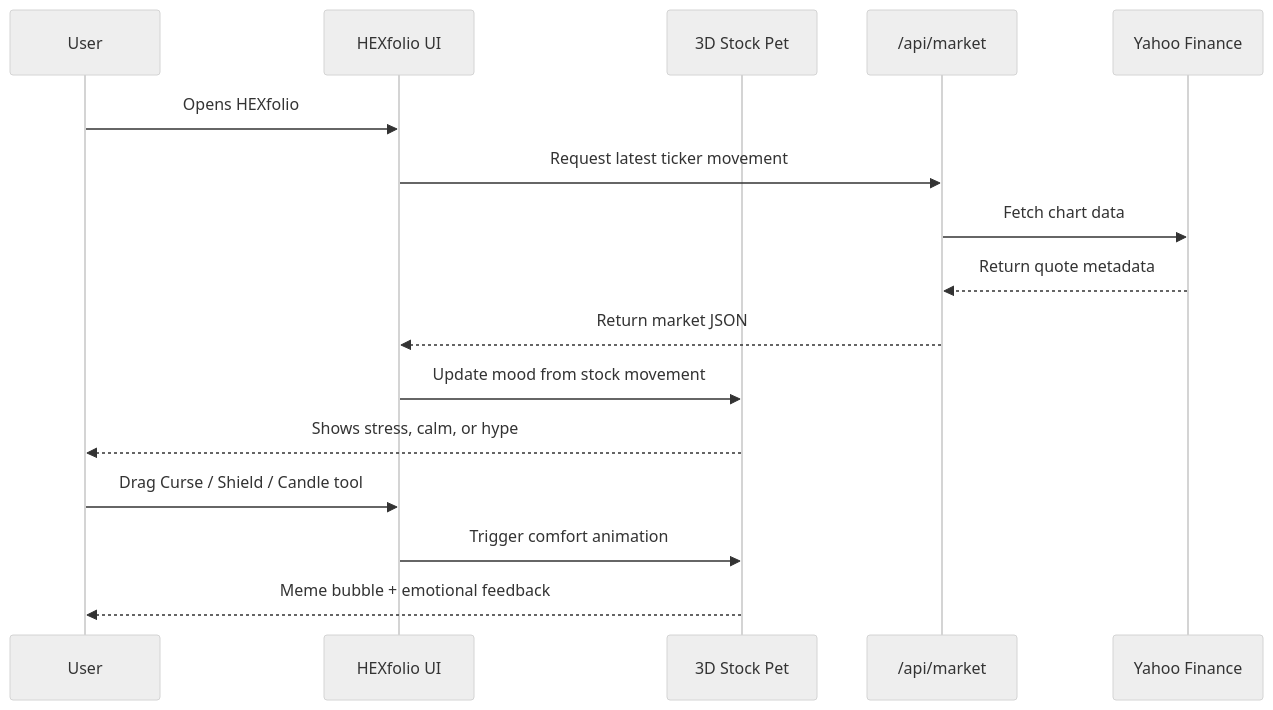
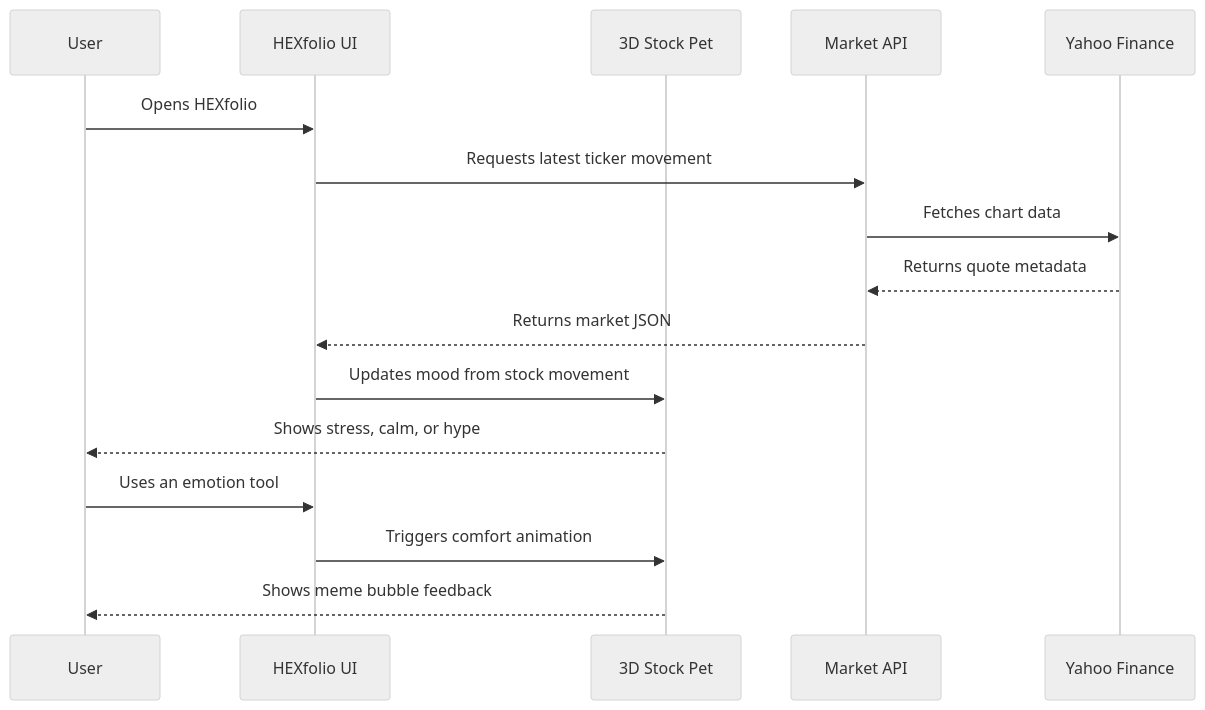
Before and after one commit to mavisbong41/HEXfolio: the second of 2 diagrams in README.md, drawn with Mermaid (neutral theme). The commit also changed other lines of this file, not shown here.

````diff
--- a/README.md
+++ b/README.md
@@ -81,19 +85,19 @@
 ```mermaid
 sequenceDiagram
   participant User
   participant App as HEXfolio UI
   participant Pet as 3D Stock Pet
-  participant API as /api/market
+  participant API as Market API
   participant Market as Yahoo Finance
 
   User->>App: Opens HEXfolio
-  App->>API: Request latest ticker movement
-  API->>Market: Fetch chart data
-  Market-->>API: Return quote metadata
-  API-->>App: Return market JSON
-  App->>Pet: Update mood from stock movement
+  App->>API: Requests latest ticker movement
+  API->>Market: Fetches chart data
+  Market-->>API: Returns quote metadata
+  API-->>App: Returns market JSON
+  App->>Pet: Updates mood from stock movement
   Pet-->>User: Shows stress, calm, or hype
-  User->>App: Drag Curse / Shield / Candle tool
-  App->>Pet: Trigger comfort animation
-  Pet-->>User: Meme bubble + emotional feedback
+  User->>App: Uses an emotion tool
+  App->>Pet: Triggers comfort animation
+  Pet-->>User: Shows meme bubble feedback
 ```
````
